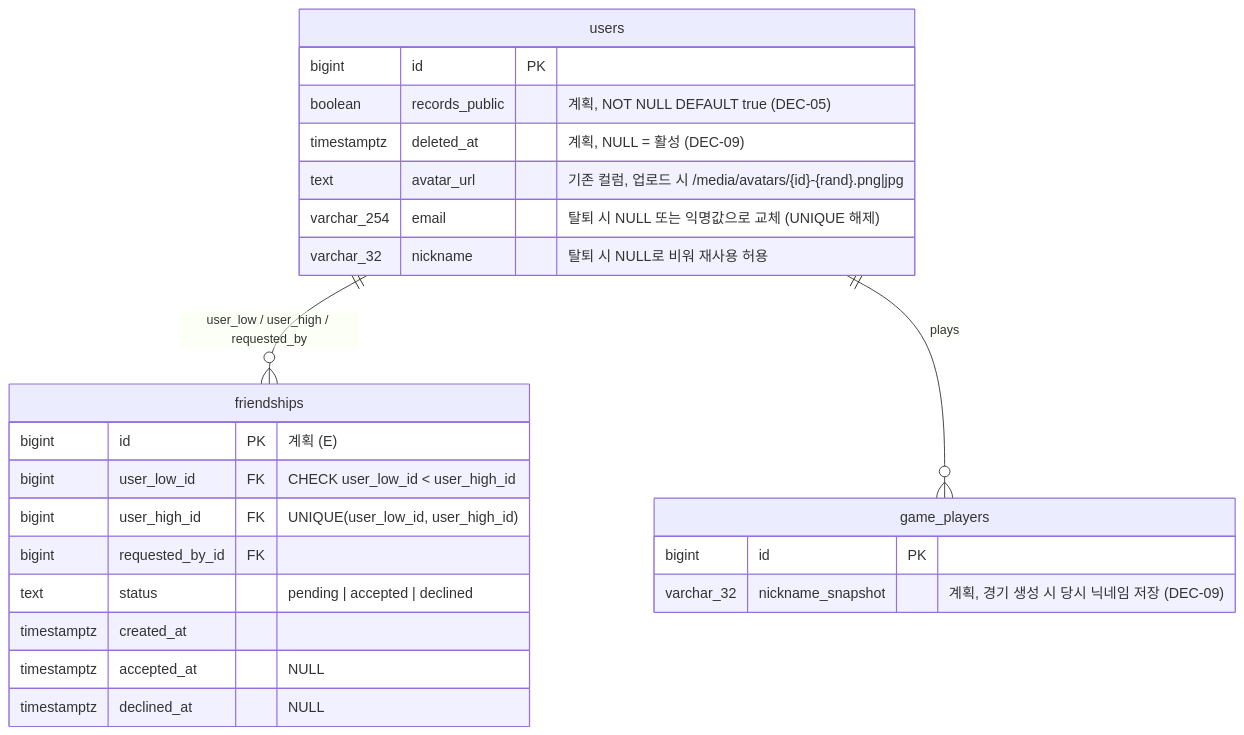
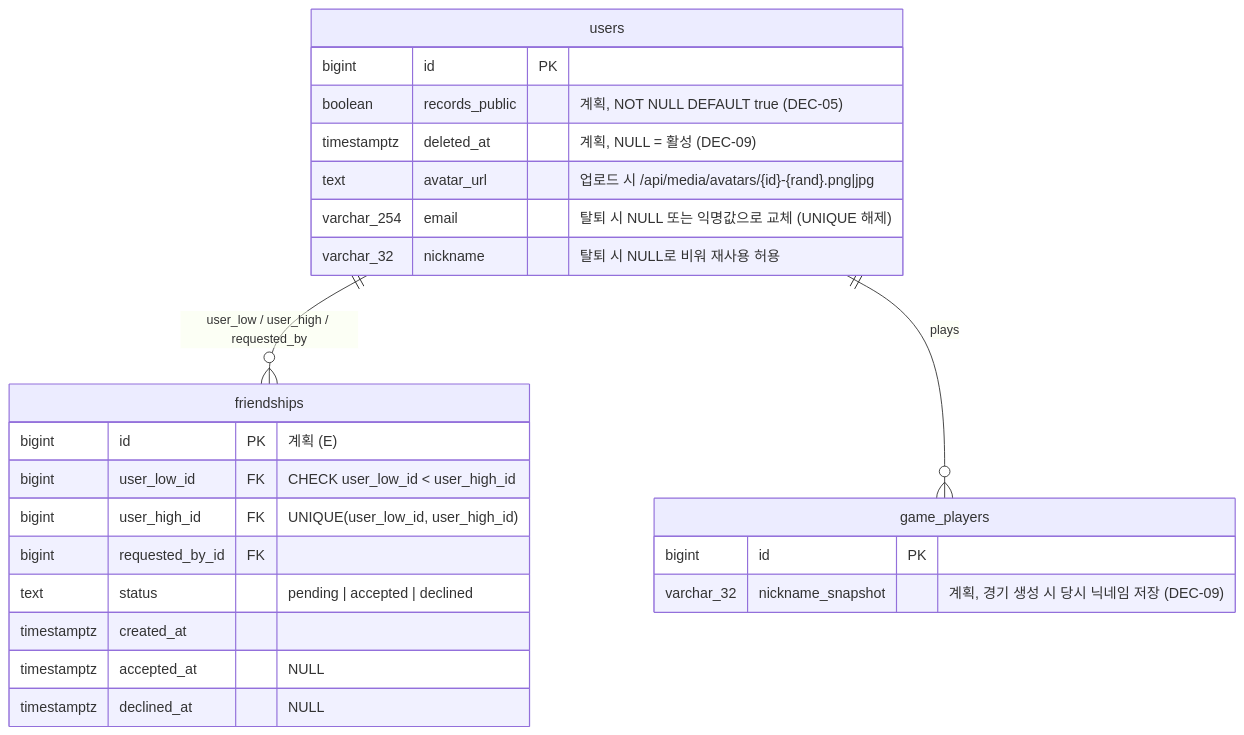
The eighth of 49 diagrams in Document/SDS.md (EscapeFromGyeongsan/ft_transcendence), drawn with Mermaid before and after one commit. The commit also changed other lines of this file and 11 other files, not shown here.

````diff
--- a/Document/SDS.md
+++ b/Document/SDS.md
@@ -625,28 +625,28 @@
 ```mermaid
 erDiagram
     users ||--o{ friendships : "user_low / user_high / requested_by"
     users ||--o{ game_players : "plays"
 
     users {
         bigint id PK
         boolean records_public "계획, NOT NULL DEFAULT true (DEC-05)"
         timestamptz deleted_at "계획, NULL = 활성 (DEC-09)"
-        text avatar_url "기존 컬럼, 업로드 시 /media/avatars/{id}-{rand}.png|jpg"
+        text avatar_url "업로드 시 /api/media/avatars/{id}-{rand}.png|jpg"
         varchar_254 email "탈퇴 시 NULL 또는 익명값으로 교체 (UNIQUE 해제)"
         varchar_32 nickname "탈퇴 시 NULL로 비워 재사용 허용"
     }
     game_players {
         bigint id PK
         varchar_32 nickname_snapshot "계획, 경기 생성 시 당시 닉네임 저장 (DEC-09)"
     }
     friendships {
         bigint id PK "계획 (E)"
         bigint user_low_id FK "CHECK user_low_id < user_high_id"
         bigint user_high_id FK "UNIQUE(user_low_id, user_high_id)"
         bigint requested_by_id FK
         text status "pending | accepted | declined"
         timestamptz created_at
         timestamptz accepted_at "NULL"
         timestamptz declined_at "NULL"
     }
 ```
````
